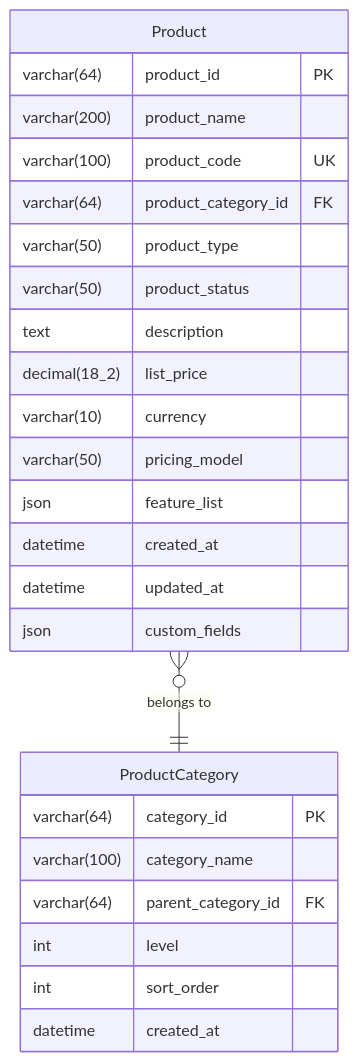
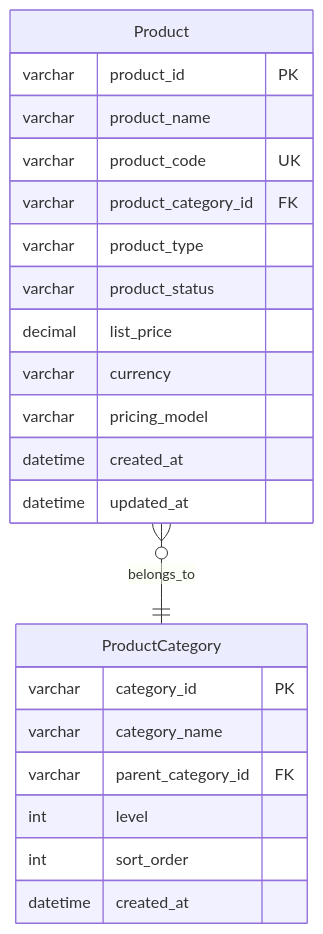
Diagram 11 of 25 in docs/b2b-cdp-entity-design.md (312268112/advanced-java), drawn with Mermaid before and after one commit. The commit also changed other lines of this file, not shown here.

````diff
--- a/docs/b2b-cdp-entity-design.md
+++ b/docs/b2b-cdp-entity-design.md
@@ -631,30 +608,27 @@
 ```mermaid
 erDiagram
-    Product }o--|| ProductCategory : "belongs to"
+    Product }o--|| ProductCategory : belongs_to
     
     Product {
-        varchar(64) product_id PK
-        varchar(200) product_name
-        varchar(100) product_code UK
-        varchar(64) product_category_id FK
-        varchar(50) product_type
-        varchar(50) product_status
-        text description
-        decimal(18_2) list_price
-        varchar(10) currency
-        varchar(50) pricing_model
-        json feature_list
+        varchar product_id PK
+        varchar product_name
+        varchar product_code UK
+        varchar product_category_id FK
+        varchar product_type
+        varchar product_status
+        decimal list_price
+        varchar currency
+        varchar pricing_model
         datetime created_at
         datetime updated_at
-        json custom_fields
     }
     
     ProductCategory {
-        varchar(64) category_id PK
-        varchar(100) category_name
-        varchar(64) parent_category_id FK
+        varchar category_id PK
+        varchar category_name
+        varchar parent_category_id FK
         int level
         int sort_order
         datetime created_at
     }
 ```
````
